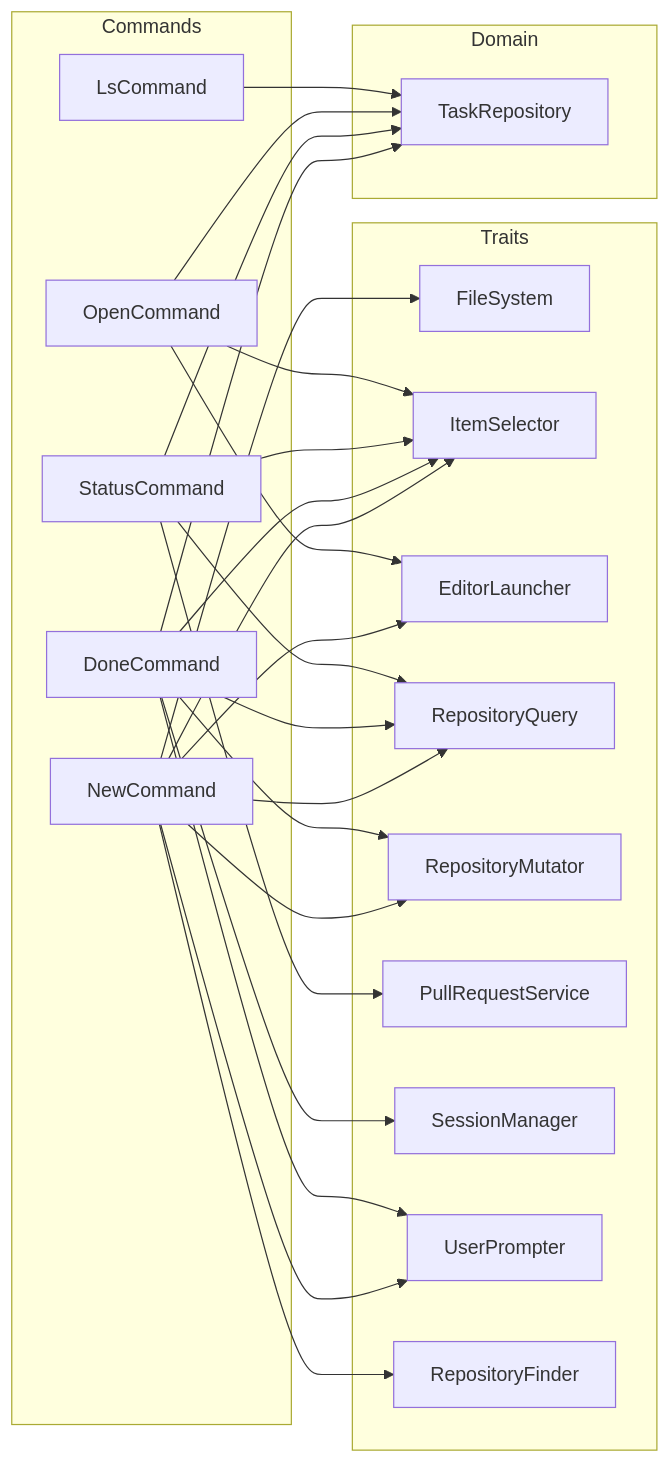
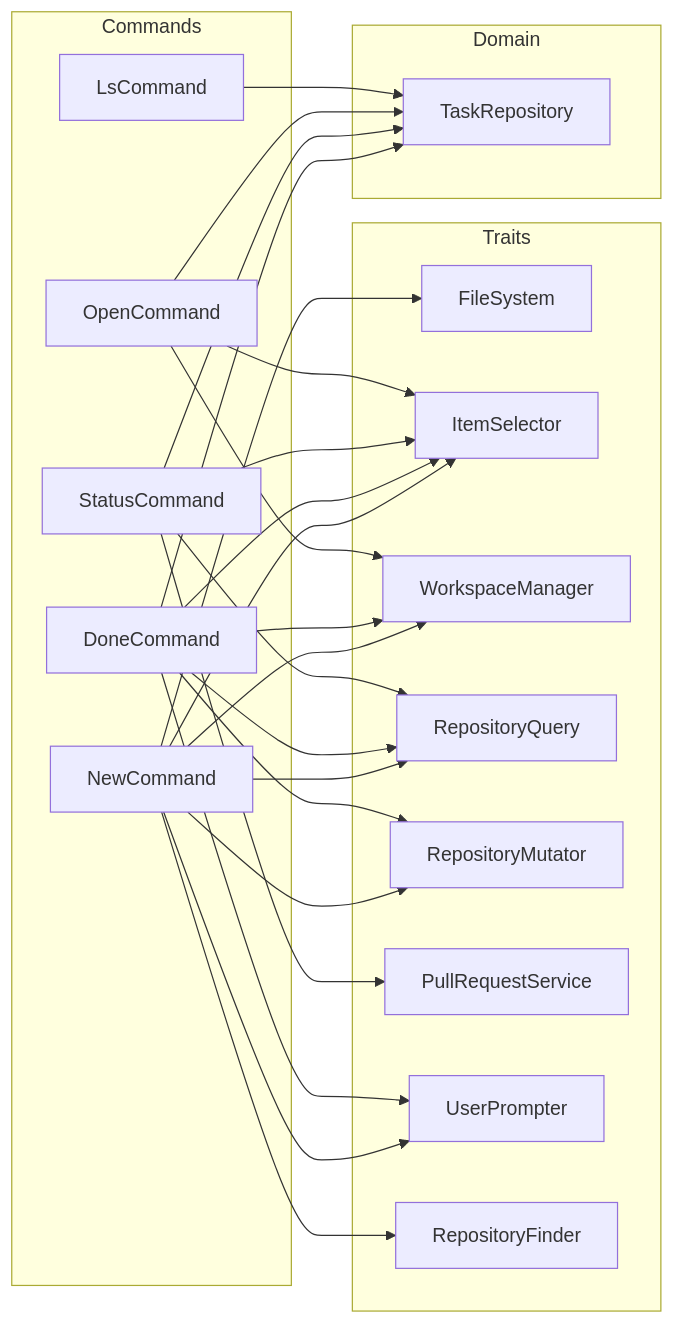
The fifth of 7 diagrams in src/commands/architecture.md (foresta/ctt), drawn with Mermaid before and after one commit. The commit also changed other lines of this file and 30 other files, not shown here.

````diff
--- a/src/commands/architecture.md
+++ b/src/commands/architecture.md
@@ -154,48 +148,47 @@
 ```mermaid
 graph LR
     subgraph Commands
         Ls["LsCommand"]
         Open["OpenCommand"]
         Status["StatusCommand"]
         Done["DoneCommand"]
         New["NewCommand"]
     end
 
     subgraph Traits
         FS["FileSystem"]
         SEL["ItemSelector"]
-        ED["EditorLauncher"]
+        WS["WorkspaceManager"]
         RQ["RepositoryQuery"]
         RM["RepositoryMutator"]
         PR["PullRequestService"]
-        SM["SessionManager"]
         UP["UserPrompter"]
         RF["RepositoryFinder"]
     end
 
     subgraph Domain
         TR["TaskRepository"]
     end
 
     Ls --> TR
     Open --> SEL
-    Open --> ED
+    Open --> WS
     Open --> TR
     Status --> SEL
     Status --> RQ
     Status --> PR
     Status --> TR
     Done --> SEL
     Done --> UP
     Done --> RQ
     Done --> RM
-    Done --> SM
+    Done --> WS
     Done --> TR
     New --> SEL
     New --> UP
     New --> RQ
     New --> RM
-    New --> ED
+    New --> WS
     New --> FS
     New --> RF
 ```
````
